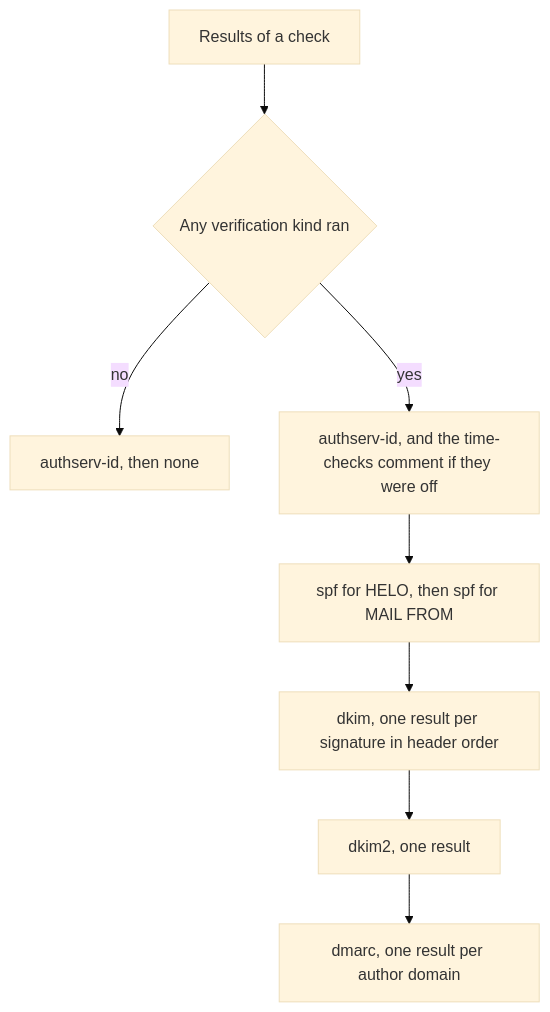
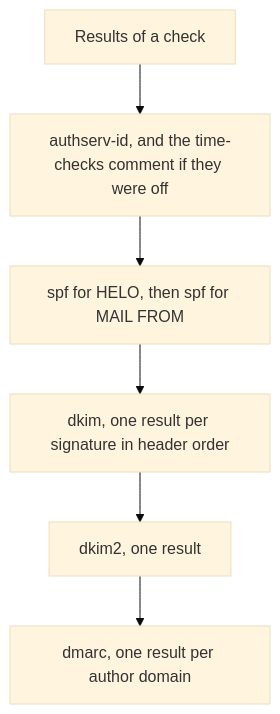
Before and after one commit to photom/hallmark: the diagram in docs/reference/design/authentication-results.md, drawn with Mermaid (base theme). The commit also changed other lines of this file and 48 other files, not shown here.

````diff
--- a/docs/reference/design/authentication-results.md
+++ b/docs/reference/design/authentication-results.md
@@ -18,10 +18,8 @@
 ```mermaid
 flowchart TD
-    results["Results of a check"] --> any{"Any verification kind ran"}
-    any -->|"no"| none["authserv-id, then none"]
-    any -->|"yes"| id["authserv-id, and the time-checks comment if they were off"]
+    results["Results of a check"] --> id["authserv-id, and the time-checks comment if they were off"]
     id --> spf["spf for HELO, then spf for MAIL FROM"]
     spf --> dkim["dkim, one result per signature in header order"]
     dkim --> dkim2["dkim2, one result"]
     dkim2 --> dmarc["dmarc, one result per author domain"]
 ```
````
